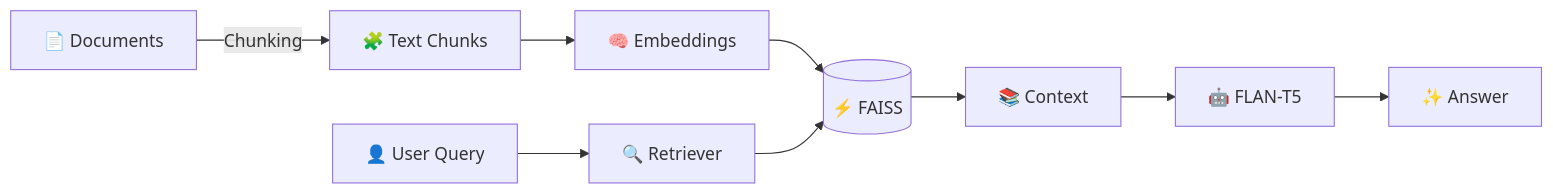
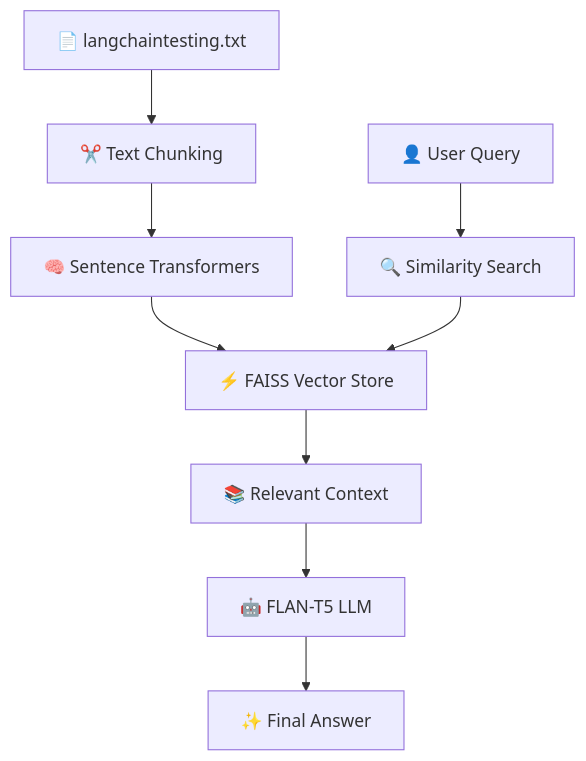
One commit to chandramouli9392/Simple-RAG_LangChain changed the diagram in README.md. Above: the diagram before and after it, drawn with Mermaid. The commit also changed other lines of this file, not shown here.

````diff
--- a/README.md
+++ b/README.md
@@ -25,11 +47,21 @@
 ```mermaid
-flowchart LR
-    A[📄 Documents] -->|Chunking| B[🧩 Text Chunks]
-    B --> C[🧠 Embeddings]
-    C --> D[(⚡ FAISS)]
-    E[👤 User Query] --> F[🔍 Retriever]
-    F --> D
-    D --> G[📚 Context]
-    G --> H[🤖 FLAN-T5]
-    H --> I[✨ Answer]
+flowchart TD
+
+A["📄 langchaintesting.txt"]
+--> B["✂️ Text Chunking"]
+
+B --> C["🧠 Sentence Transformers"]
+
+C --> D["⚡ FAISS Vector Store"]
+
+E["👤 User Query"]
+--> F["🔍 Similarity Search"]
+
+F --> D
+
+D --> G["📚 Relevant Context"]
+
+G --> H["🤖 FLAN-T5 LLM"]
+
+H --> I["✨ Final Answer"]
 ```
````
